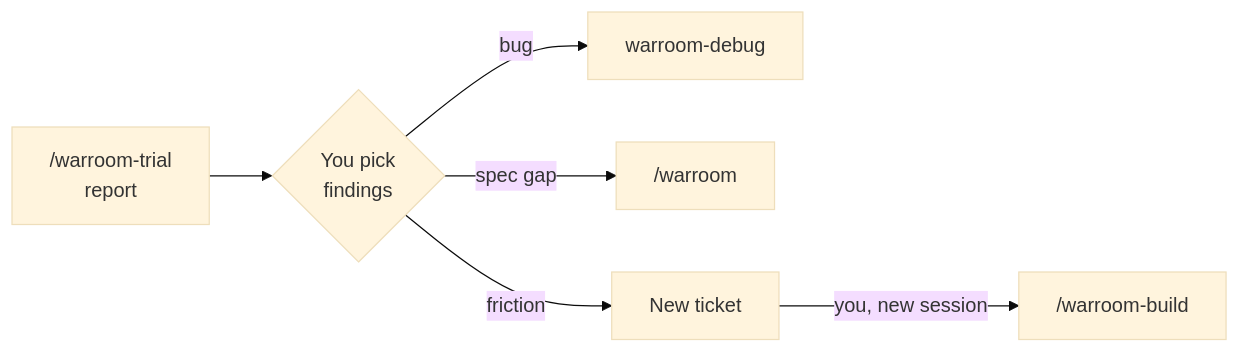
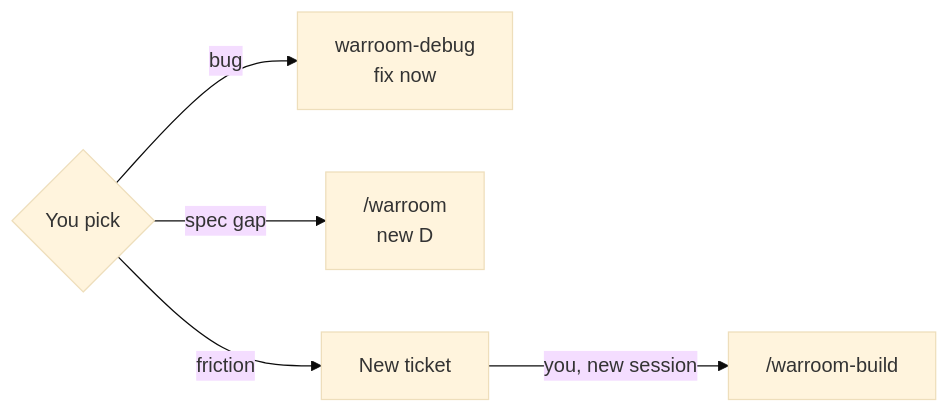
Before and after one commit to mousemouse094526/kiki-kit: the eighth of 8 diagrams in docs/flow.md, drawn with Mermaid (base theme). The commit also changed other lines of this file and 1 other file, not shown here.

Commit message:
docs(flow): per-skill flows with steps, glossary, and what you type

````diff
--- a/docs/flow.md
+++ b/docs/flow.md
@@ -65,15 +254,13 @@
 ```mermaid
 flowchart LR
-    TR["/warroom-trial<br/>report"]
-    P{"You pick<br/>findings"}
-    D["warroom-debug"]
-    W["/warroom"]
+    P{"You pick"}
+    D["warroom-debug<br/>fix now"]
+    W["/warroom<br/>new D"]
     NT["New ticket"]
     B["/warroom-build"]
 
-    TR --> P
     P -->|bug| D
     P -->|spec gap| W
     P -->|friction| NT
     NT -->|you, new session| B
 ```
````
